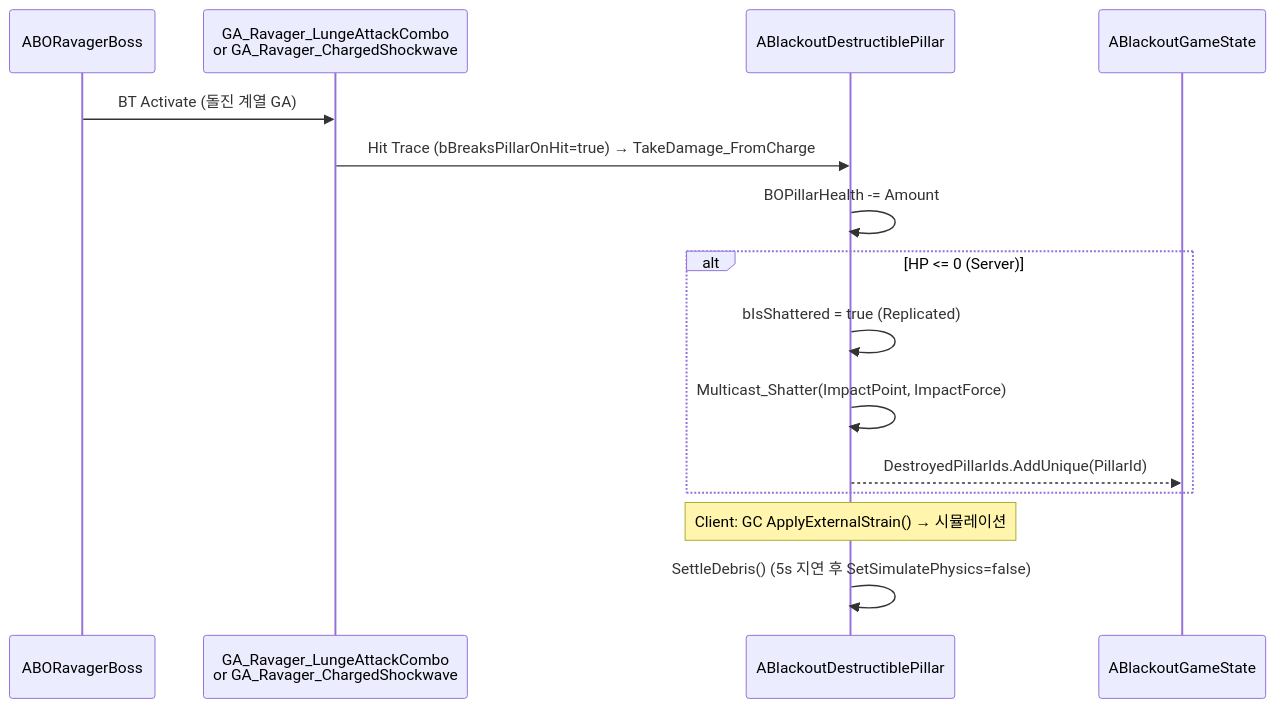
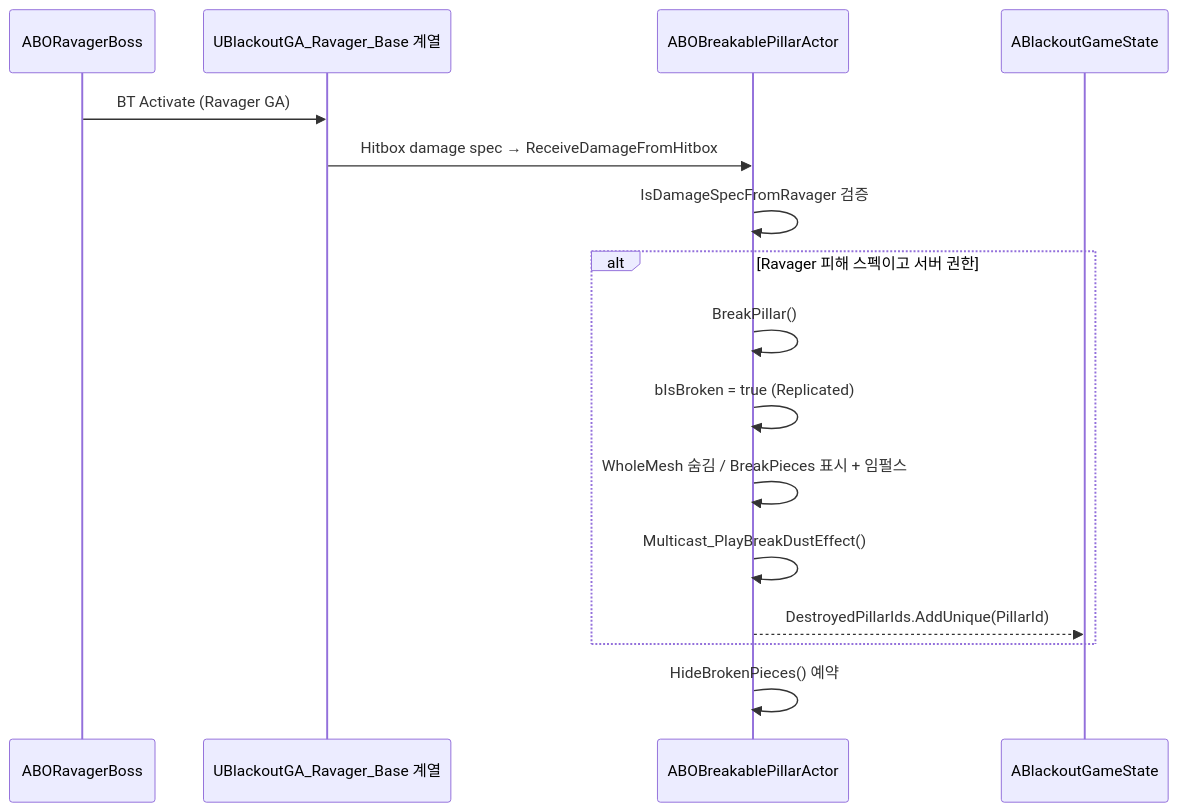
Before and after one commit to seongwon1579/ProjectBlackout: the second of 2 diagrams in Docs/AI_Boss/05_Destructible_Pillar.md, drawn with Mermaid. The commit also changed other lines of this file and 24 other files, not shown here.

Commit message:
Docs: 클래스 다이어그램 최신화

````diff
--- a/Docs/AI_Boss/05_Destructible_Pillar.md
+++ b/Docs/AI_Boss/05_Destructible_Pillar.md
@@ -46,18 +49,19 @@
 ```mermaid
 sequenceDiagram
     participant Ravager as ABORavagerBoss
-    participant GA as GA_Ravager_LungeAttackCombo<br/>or GA_Ravager_ChargedShockwave
-    participant Pillar as ABlackoutDestructiblePillar
+    participant GA as UBlackoutGA_Ravager_Base 계열
+    participant Pillar as ABOBreakablePillarActor
     participant GS as ABlackoutGameState
 
-    Ravager->>GA: BT Activate (돌진 계열 GA)
-    GA->>Pillar: Hit Trace (bBreaksPillarOnHit=true) → TakeDamage_FromCharge
-    Pillar->>Pillar: BOPillarHealth -= Amount
-    alt HP <= 0 (Server)
-        Pillar->>Pillar: bIsShattered = true (Replicated)
-        Pillar->>Pillar: Multicast_Shatter(ImpactPoint, ImpactForce)
+    Ravager->>GA: BT Activate (Ravager GA)
+    GA->>Pillar: Hitbox damage spec → ReceiveDamageFromHitbox
+    Pillar->>Pillar: IsDamageSpecFromRavager 검증
+    alt Ravager 피해 스펙이고 서버 권한
+        Pillar->>Pillar: BreakPillar()
+        Pillar->>Pillar: bIsBroken = true (Replicated)
+        Pillar->>Pillar: WholeMesh 숨김 / BreakPieces 표시 + 임펄스
+        Pillar->>Pillar: Multicast_PlayBreakDustEffect()
         Pillar-->>GS: DestroyedPillarIds.AddUnique(PillarId)
     end
-    Note over Pillar: Client: GC ApplyExternalStrain() → 시뮬레이션
-    Pillar->>Pillar: SettleDebris() (5s 지연 후 SetSimulatePhysics=false)
+    Pillar->>Pillar: HideBrokenPieces() 예약
 ```
````
